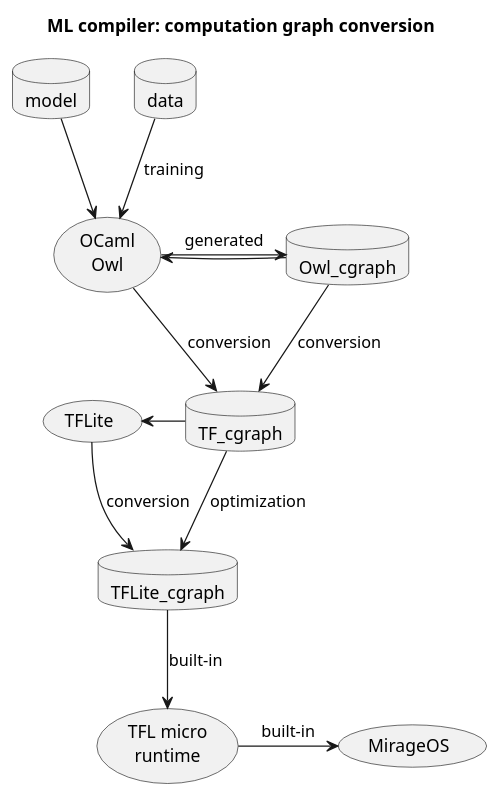
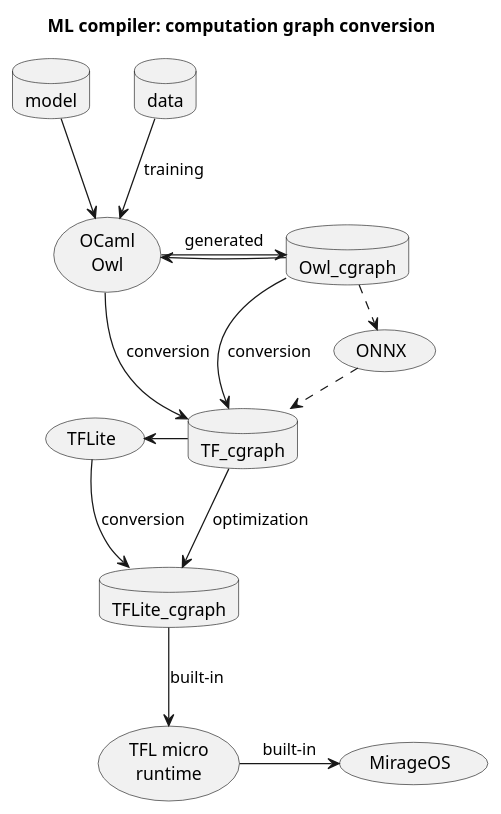
One commit to doyu/elc2019 changed the diagram in convert-uc.puml. Above: the diagram before and after it, drawn with PlantUML. The commit also changed 3 other files, not shown here.

```diff
--- a/convert-uc.puml
+++ b/convert-uc.puml
@@ -1,23 +1,25 @@
 @startuml
 title ML compiler: computation graph conversion
 
 database model
 database data
 database Owl_cgraph
 database TF_cgraph
 database TFLite_cgraph
 
 Owl_cgraph -down-> TF_cgraph : conversion
+Owl_cgraph .> (ONNX)
+(ONNX) .> TF_cgraph
 TF_cgraph -down-> TFLite_cgraph : optimization
 TFLite_cgraph -down-> (TFL micro\nruntime) : built-in
 (TFL micro\nruntime) -right-> (MirageOS) : built-in
 
 model -down-> (OCaml\nOwl)
 data -down-> (OCaml\nOwl) : training
 (OCaml\nOwl) -> Owl_cgraph : generated
 (OCaml\nOwl) <- Owl_cgraph
 (OCaml\nOwl) -> TF_cgraph : conversion
 (TFLite) <- TF_cgraph
 (TFLite) -> TFLite_cgraph : conversion
 
 @enduml
```
